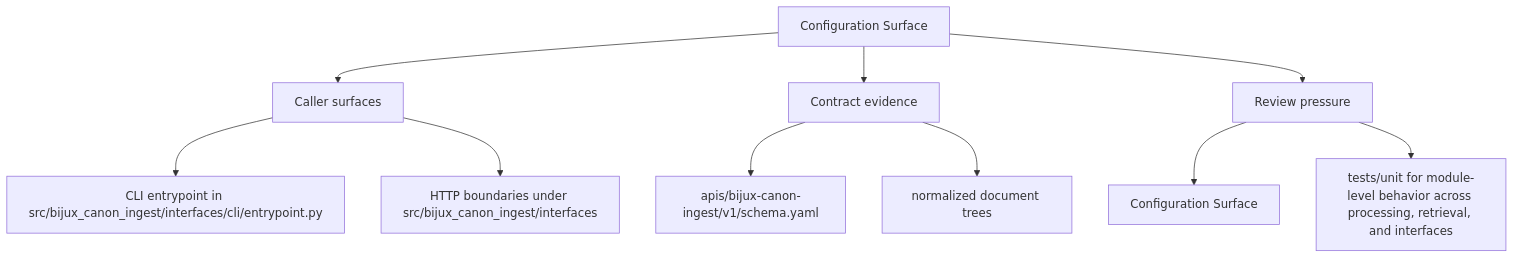
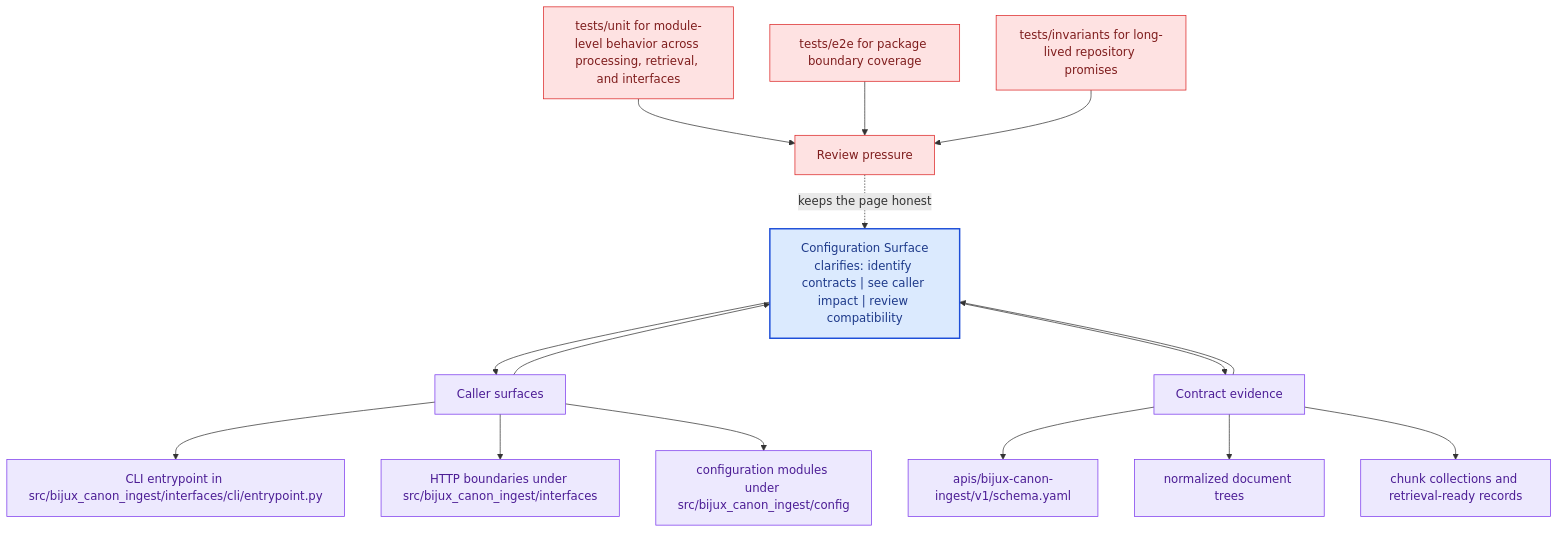
One commit to bijux/bijux-canon changed the second of 2 diagrams in docs/bijux-canon-ingest/interfaces/configuration-surface.md. Above: the diagram before and after it, drawn with Mermaid. The commit also changed other lines of this file and 281 other files, not shown here.

Commit message:
docs(diagrams): deepen handbook mermaid maps across the catalog

````diff
--- a/docs/bijux-canon-ingest/interfaces/configuration-surface.md
+++ b/docs/bijux-canon-ingest/interfaces/configuration-surface.md
@@ -35,22 +68,41 @@
 ```mermaid
-flowchart TD
-    page["Configuration Surface"]
+flowchart TB
+    promise["Configuration Surface<br/>clarifies: identify contracts | see caller impact | review compatibility"]
+    classDef promise fill:#dbeafe,stroke:#1d4ed8,color:#1e3a8a,stroke-width:2px;
+    classDef driver fill:#dcfce7,stroke:#16a34a,color:#14532d;
+    classDef constraint fill:#fee2e2,stroke:#dc2626,color:#7f1d1d;
+    classDef ground fill:#ede9fe,stroke:#7c3aed,color:#4c1d95;
     focus1["Caller surfaces"]
-    page --> focus1
+    focus1 --> promise
+    promise --> focus1
     focus1_1["CLI entrypoint in src/bijux_canon_ingest/interfaces/cli/entrypoint.py"]
     focus1 --> focus1_1
     focus1_2["HTTP boundaries under src/bijux_canon_ingest/interfaces"]
     focus1 --> focus1_2
+    focus1_3["configuration modules under src/bijux_canon_ingest/config"]
+    focus1 --> focus1_3
+    class focus1 ground;
+    class focus1_1,focus1_2,focus1_3 ground;
     focus2["Contract evidence"]
-    page --> focus2
+    focus2 --> promise
+    promise --> focus2
     focus2_1["apis/bijux-canon-ingest/v1/schema.yaml"]
     focus2 --> focus2_1
     focus2_2["normalized document trees"]
     focus2 --> focus2_2
+    focus2_3["chunk collections and retrieval-ready records"]
+    focus2 --> focus2_3
+    class focus2 ground;
+    class focus2_1,focus2_2,focus2_3 ground;
     focus3["Review pressure"]
-    page --> focus3
-    focus3_1["Configuration Surface"]
-    focus3 --> focus3_1
-    focus3_2["tests/unit for module-level behavior across processing, retrieval, and interfaces"]
-    focus3 --> focus3_2
+    focus3 -.keeps the page honest.-> promise
+    focus3_1["tests/unit for module-level behavior across processing, retrieval, and interfaces"]
+    focus3_1 --> focus3
+    focus3_2["tests/e2e for package boundary coverage"]
+    focus3_2 --> focus3
+    focus3_3["tests/invariants for long-lived repository promises"]
+    focus3_3 --> focus3
+    class focus3 constraint;
+    class focus3_1,focus3_2,focus3_3 constraint;
+    class promise promise;
 ```
````
